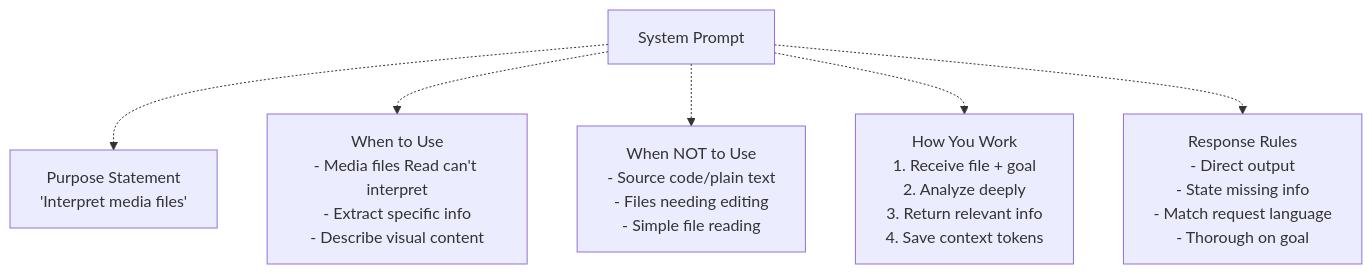
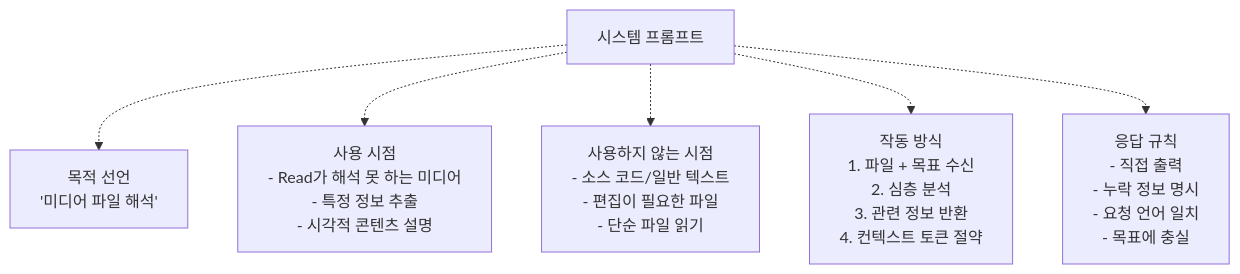
The sixth of 6 diagrams in docs/agents/multimodal-looker.md (felipetruman/oh-my-opencode-docs), drawn with Mermaid before and after one commit. The commit also changed other lines of this file and 76 other files, not shown here.

````diff
--- a/docs/agents/multimodal-looker.md
+++ b/docs/agents/multimodal-looker.md
@@ -364,16 +350,16 @@
 ```mermaid
 flowchart TD
 
-Prompt["System Prompt"]
-Purpose["Purpose Statement<br>'Interpret media files'"]
-WhenUse["When to Use<br>- Media files Read can't interpret<br>- Extract specific info<br>- Describe visual content"]
-WhenNotUse["When NOT to Use<br>- Source code/plain text<br>- Files needing editing<br>- Simple file reading"]
-HowWork["How You Work<br>1. Receive file + goal<br>2. Analyze deeply<br>3. Return relevant info<br>4. Save context tokens"]
-Response["Response Rules<br>- Direct output<br>- State missing info<br>- Match request language<br>- Thorough on goal"]
+Prompt["시스템 프롬프트"]
+Purpose["목적 선언<br>'미디어 파일 해석'"]
+WhenUse["사용 시점<br>- Read가 해석 못 하는 미디어<br>- 특정 정보 추출<br>- 시각적 콘텐츠 설명"]
+WhenNotUse["사용하지 않는 시점<br>- 소스 코드/일반 텍스트<br>- 편집이 필요한 파일<br>- 단순 파일 읽기"]
+HowWork["작동 방식<br>1. 파일 + 목표 수신<br>2. 심층 분석<br>3. 관련 정보 반환<br>4. 컨텍스트 토큰 절약"]
+Response["응답 규칙<br>- 직접 출력<br>- 누락 정보 명시<br>- 요청 언어 일치<br>- 목표에 충실"]
 
 Prompt -.-> Purpose
 Prompt -.-> WhenUse
 Prompt -.-> WhenNotUse
 Prompt -.-> HowWork
 Prompt -.-> Response
 ```
````
